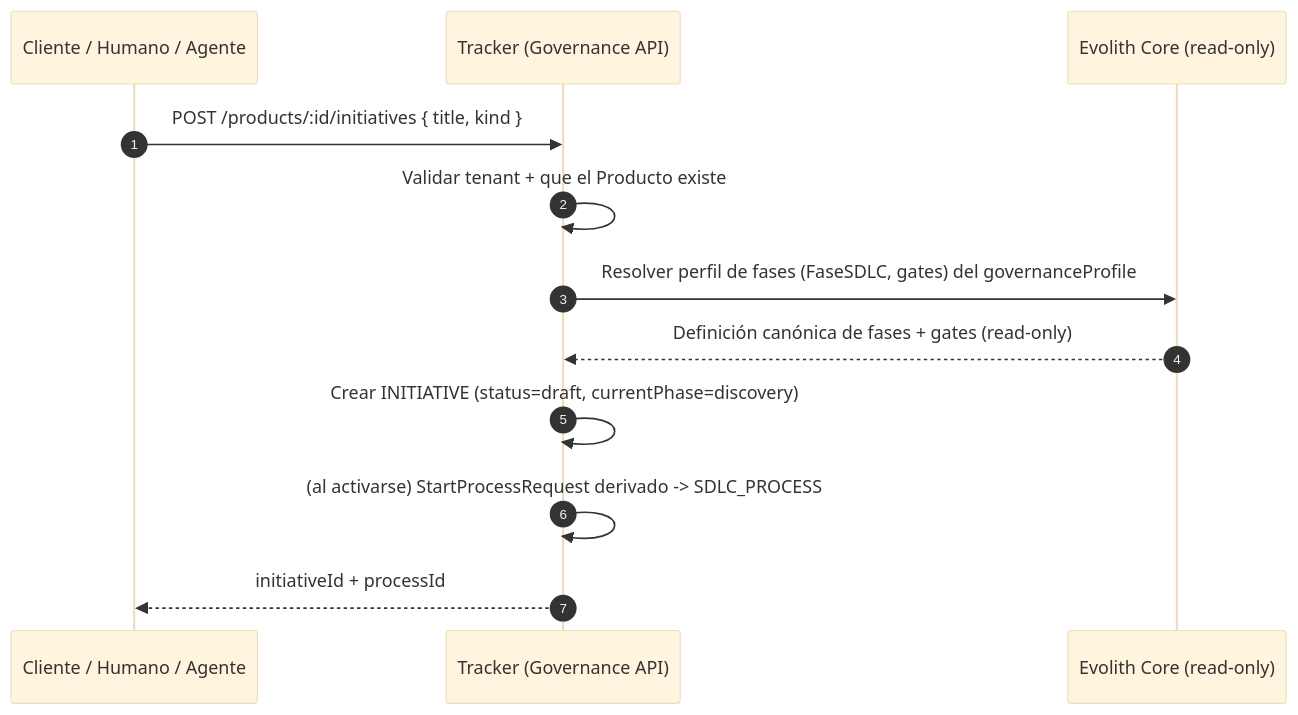
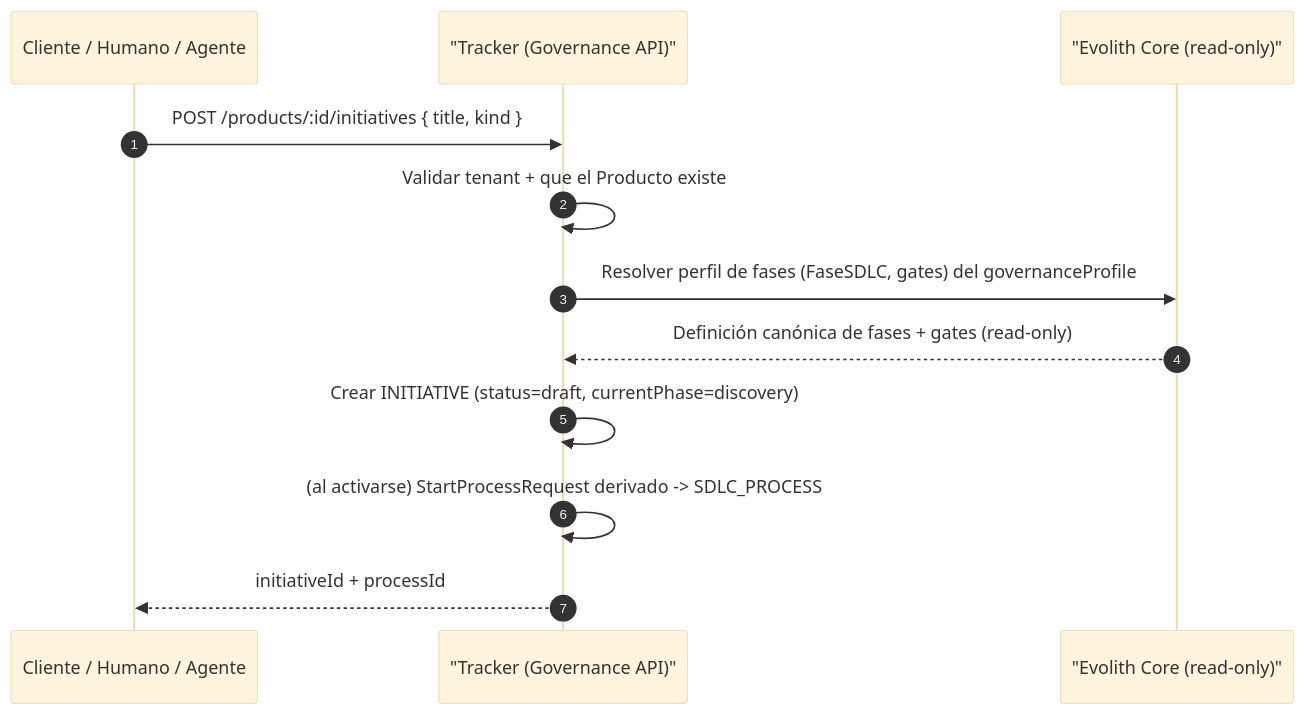
Before and after one commit to beyondnetcode/evolith_arch32: the third of 4 diagrams in reference/core/product-initiative-governance-redesign.es.md, drawn with Mermaid (base theme). The commit also changed other lines of this file and 6 other files, not shown here.

First line of the commit message:
fix(docs): green the documentation validator (links, symbols, mermaid)

````diff
--- a/reference/core/product-initiative-governance-redesign.es.md
+++ b/reference/core/product-initiative-governance-redesign.es.md
@@ -1589,14 +1589,14 @@
 ```mermaid
 sequenceDiagram
     autonumber
     participant C as Cliente / Humano / Agente
-    participant T as Tracker (Governance API)
-    participant CO as Evolith Core (read-only)
+    participant T as "Tracker (Governance API)"
+    participant CO as "Evolith Core (read-only)"
     C->>T: POST /products/:id/initiatives { title, kind }
     T->>T: Validar tenant + que el Producto existe
     T->>CO: Resolver perfil de fases (FaseSDLC, gates) del governanceProfile
     CO-->>T: Definición canónica de fases + gates (read-only)
     T->>T: Crear INITIATIVE (status=draft, currentPhase=discovery)
     T->>T: (al activarse) StartProcessRequest derivado -> SDLC_PROCESS
     T-->>C: initiativeId + processId
 ```
````
